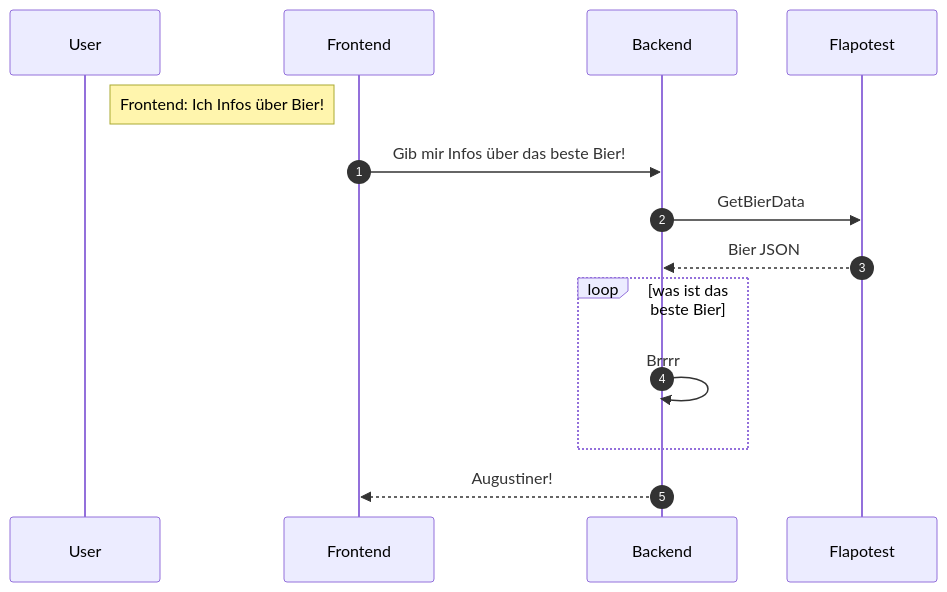
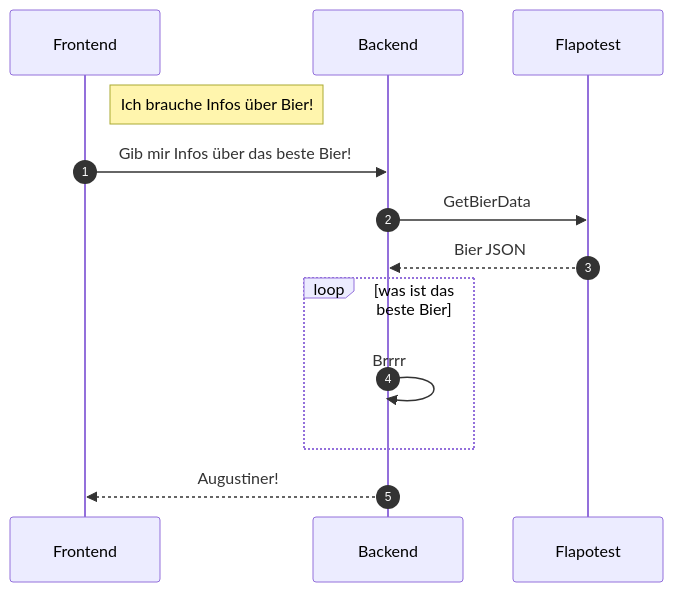
The diagram in README.md (NicoFilips/AzureAPIManagement.bl-bottle-api), drawn with Mermaid before and after one commit.

````diff
--- a/README.md
+++ b/README.md
@@ -4,12 +4,12 @@
 ```mermaid
 sequenceDiagram
     autonumber
-    Note right of User: Frontend: Ich Infos über Bier!
+    Note right of Frontend: Ich brauche Infos über Bier!
     Frontend->>Backend: Gib mir Infos über das beste Bier!
     Backend->>Flapotest: GetBierData
     Flapotest-->>Backend: Bier JSON
     loop was ist das beste Bier
         Backend->>Backend: Brrrr 
     end
     Backend-->>Frontend: Augustiner!
 ```
````
